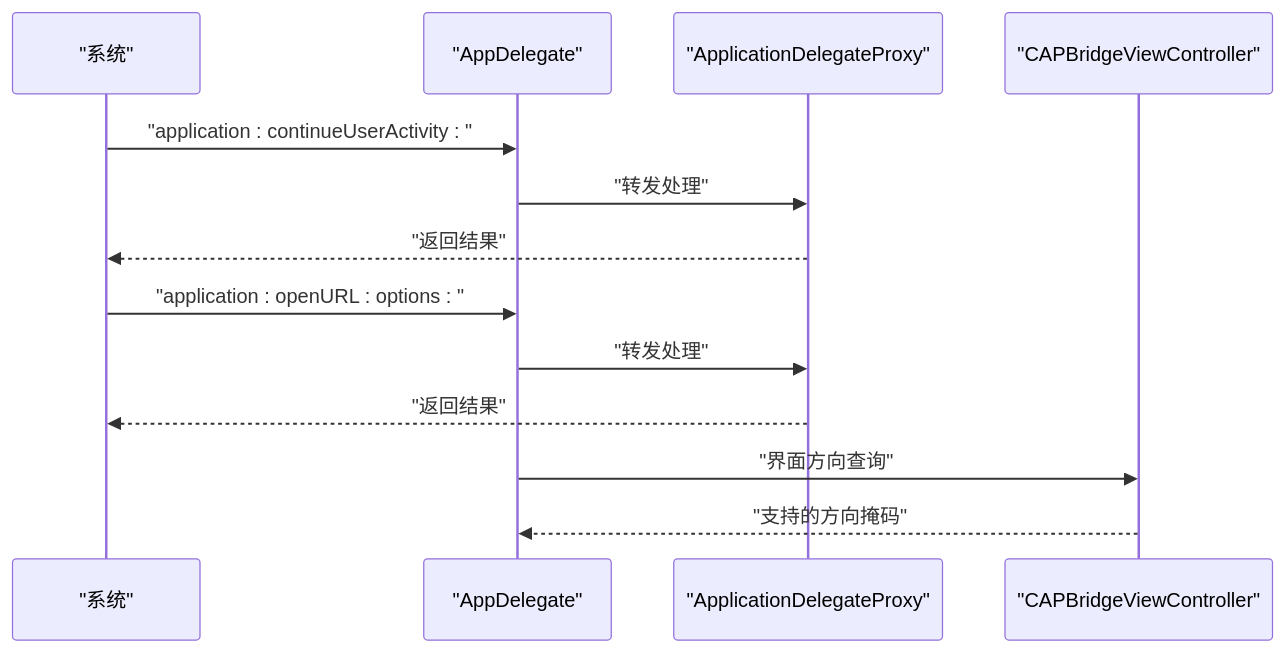
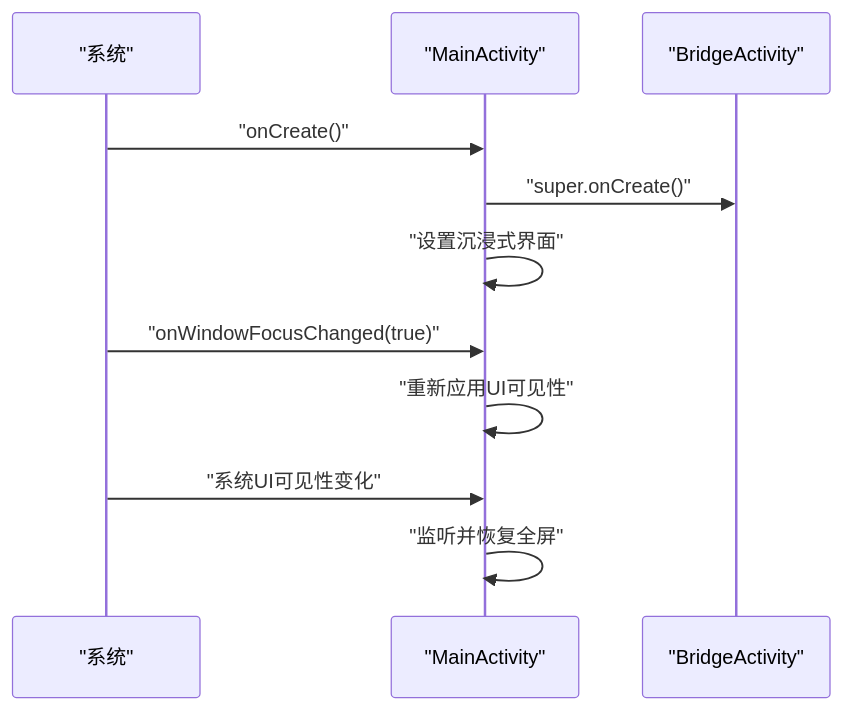
One commit to dingxyang/Macro-Deck-Client-App changed the third of 7 diagrams in .qoder/repowiki/zh/content/原生平台集成/iOS平台集成.md. Above: the diagram before and after it, drawn with Mermaid. The commit also changed other lines of this file and 47 other files, not shown here.

````diff
--- a/.qoder/repowiki/zh/content/原生平台集成/iOS平台集成.md
+++ b/.qoder/repowiki/zh/content/原生平台集成/iOS平台集成.md
@@ -160,15 +166,13 @@
 ```mermaid
 sequenceDiagram
 participant Sys as "系统"
-participant AppDel as "AppDelegate"
-participant Proxy as "ApplicationDelegateProxy"
-participant Bridge as "CAPBridgeViewController"
-Sys->>AppDel : "application : continueUserActivity : "
-AppDel->>Proxy : "转发处理"
-Proxy-->>Sys : "返回结果"
-Sys->>AppDel : "application : openURL : options : "
-AppDel->>Proxy : "转发处理"
-Proxy-->>Sys : "返回结果"
-AppDel->>Bridge : "界面方向查询"
-Bridge-->>AppDel : "支持的方向掩码"
+participant Main as "MainActivity"
+participant Bridge as "BridgeActivity"
+Sys->>Main : "onCreate()"
+Main->>Bridge : "super.onCreate()"
+Main->>Main : "设置沉浸式界面"
+Sys->>Main : "onWindowFocusChanged(true)"
+Main->>Main : "重新应用UI可见性"
+Sys->>Main : "系统UI可见性变化"
+Main->>Main : "监听并恢复全屏"
 ```
````
